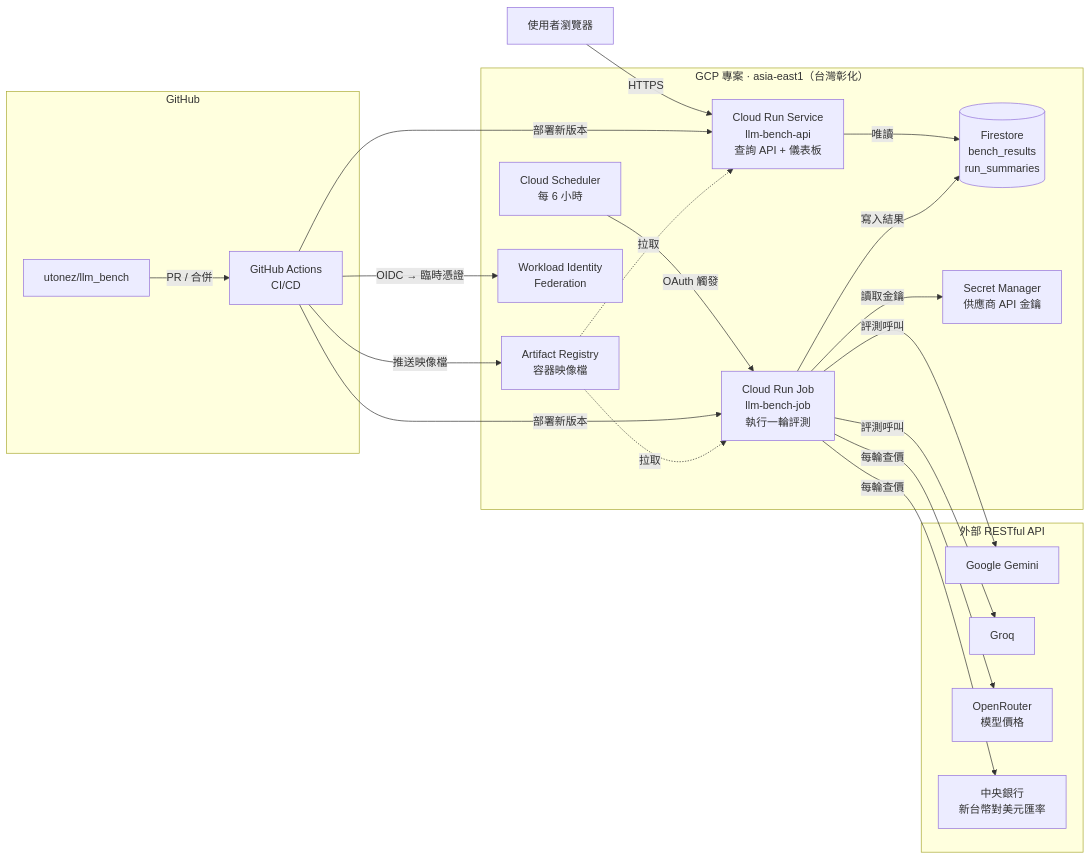
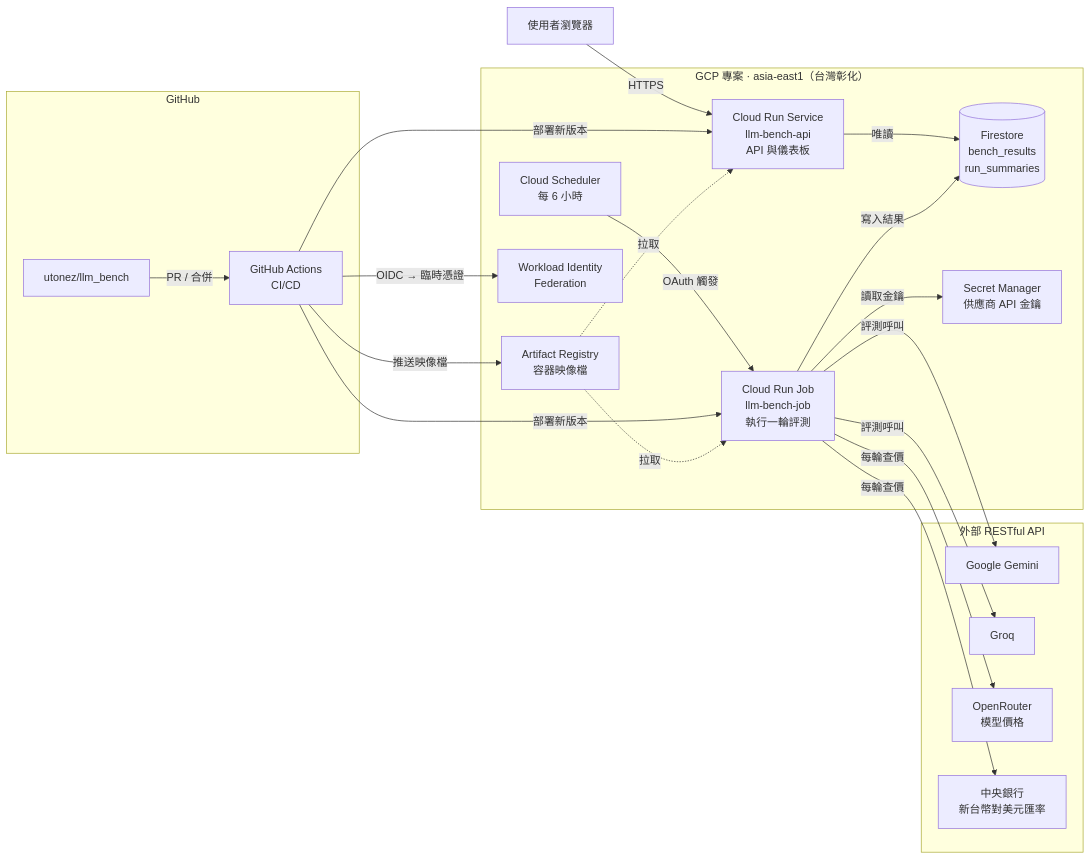
The diagram in README.md (utonez/llm_bench), drawn with Mermaid before and after one commit. The commit also changed other lines of this file and 12 other files, not shown here.

First line of the commit message:
docs: export diagrams as PNG images, keep Mermaid source alongside

````diff
--- a/README.md
+++ b/README.md
@@ -40,39 +45,39 @@
 ```mermaid
 flowchart LR
     user["使用者瀏覽器"]
 
     subgraph GH["GitHub"]
         repo["utonez/llm_bench"]
         gha["GitHub Actions<br/>CI/CD"]
     end
 
     subgraph GCP["GCP 專案 · asia-east1（台灣彰化）"]
-        api["Cloud Run Service<br/>llm-bench-api<br/>查詢 API + 儀表板"]
+        api["Cloud Run Service<br/>llm-bench-api<br/>API 與儀表板"]
         sched["Cloud Scheduler<br/>每 6 小時"]
         job["Cloud Run Job<br/>llm-bench-job<br/>執行一輪評測"]
         fs[("Firestore<br/>bench_results<br/>run_summaries")]
         sm["Secret Manager<br/>供應商 API 金鑰"]
         ar["Artifact Registry<br/>容器映像檔"]
         wif["Workload Identity<br/>Federation"]
     end
 
     subgraph EXT["外部 RESTful API"]
         gemini["Google Gemini"]
         groq["Groq"]
         orp["OpenRouter<br/>模型價格"]
         cbc["中央銀行<br/>新台幣對美元匯率"]
     end
 
     user -->|HTTPS| api
     api -->|唯讀| fs
     sched -->|OAuth 觸發| job
     job -->|讀取金鑰| sm
     job -->|評測呼叫| gemini & groq
     job -->|每輪查價| orp & cbc
     job -->|寫入結果| fs
     repo -->|PR / 合併| gha
     gha -->|OIDC → 臨時憑證| wif
     gha -->|推送映像檔| ar
     gha -->|部署新版本| job & api
     ar -.->|拉取| job & api
 ```
````
